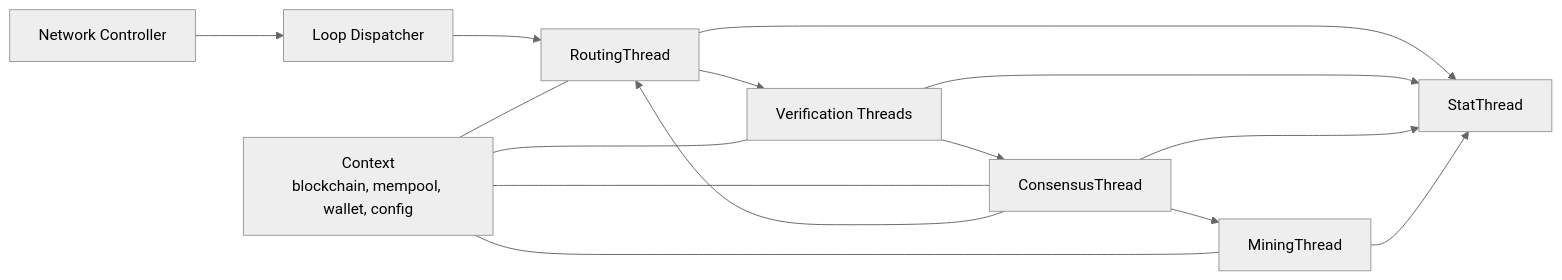
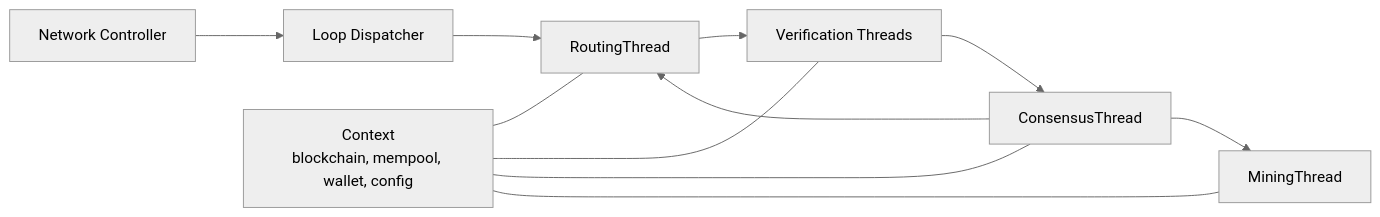
Before and after one commit to SaitoTech/saito: the first of 3 diagrams in rust/wiki/node-architecture.md, drawn with Mermaid (neutral theme). The commit also changed other lines of this file and 19 other files, not shown here.

Commit message:
removed stat thread

````diff
--- a/rust/wiki/node-architecture.md
+++ b/rust/wiki/node-architecture.md
@@ -15,26 +15,21 @@
 ```mermaid
 flowchart LR
 	NC[Network Controller]
 	LD[Loop Dispatcher]
 	RT[RoutingThread]
 	VT[Verification Threads]
 	CT[ConsensusThread]
 	MT[MiningThread]
-	ST[StatThread]
 	CX[Context<br/>blockchain, mempool, wallet, config]
 
 	NC --> LD
 	LD --> RT
 	RT --> VT
 	VT --> CT
 	CT --> MT
 	CT --> RT
-	RT --> ST
-	VT --> ST
-	CT --> ST
-	MT --> ST
 	CX --- RT
 	CX --- VT
 	CX --- CT
 	CX --- MT
 ```
````
